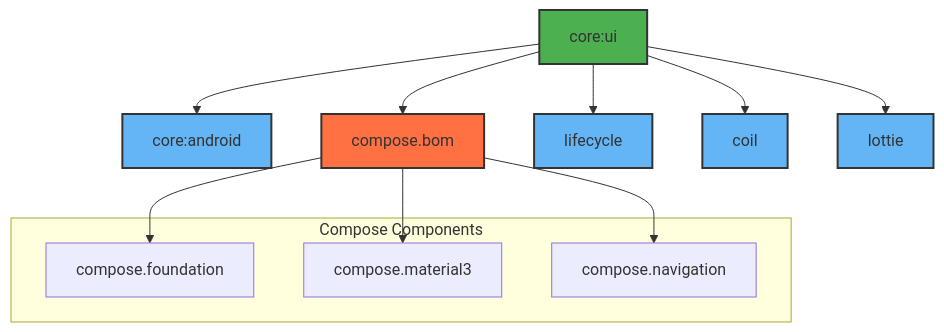
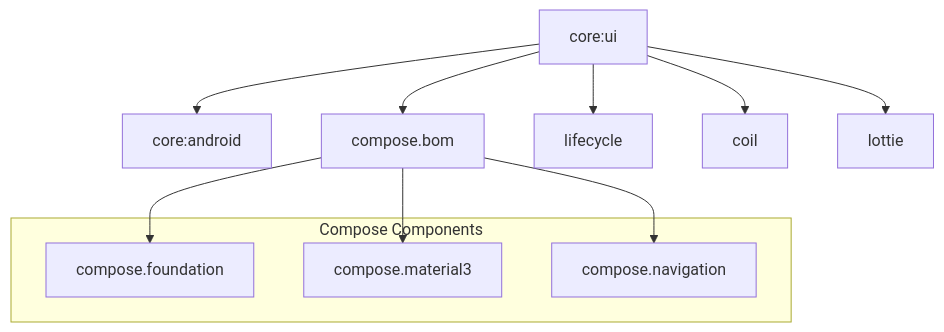
Before and after one commit to atick-faisal/Jetpack-Android-Starter: the diagram in core/ui/README.md, drawn with Mermaid. The commit also changed 31 other files, not shown here.

````diff
--- a/core/ui/README.md
+++ b/core/ui/README.md
@@ -168,24 +168,17 @@
 ```mermaid
 graph TD
     A[core:ui] --> B[core:android]
     A --> C[compose.bom]
     C --> D[compose.foundation]
     C --> E[compose.material3]
     C --> F[compose.navigation]
     A --> G[lifecycle]
     A --> H[coil]
     A --> I[lottie]
 
     subgraph "Compose Components"
         D
         E
         F
     end
-
-    style A fill: #4CAF50, stroke: #333, stroke-width: 2px
-    style B fill: #64B5F6, stroke: #333, stroke-width: 2px
-    style C fill: #FF7043, stroke: #333, stroke-width: 2px
-    style G fill: #64B5F6, stroke: #333, stroke-width: 2px
-    style H fill: #64B5F6, stroke: #333, stroke-width: 2px
-    style I fill: #64B5F6, stroke: #333, stroke-width: 2px
 ```
````
